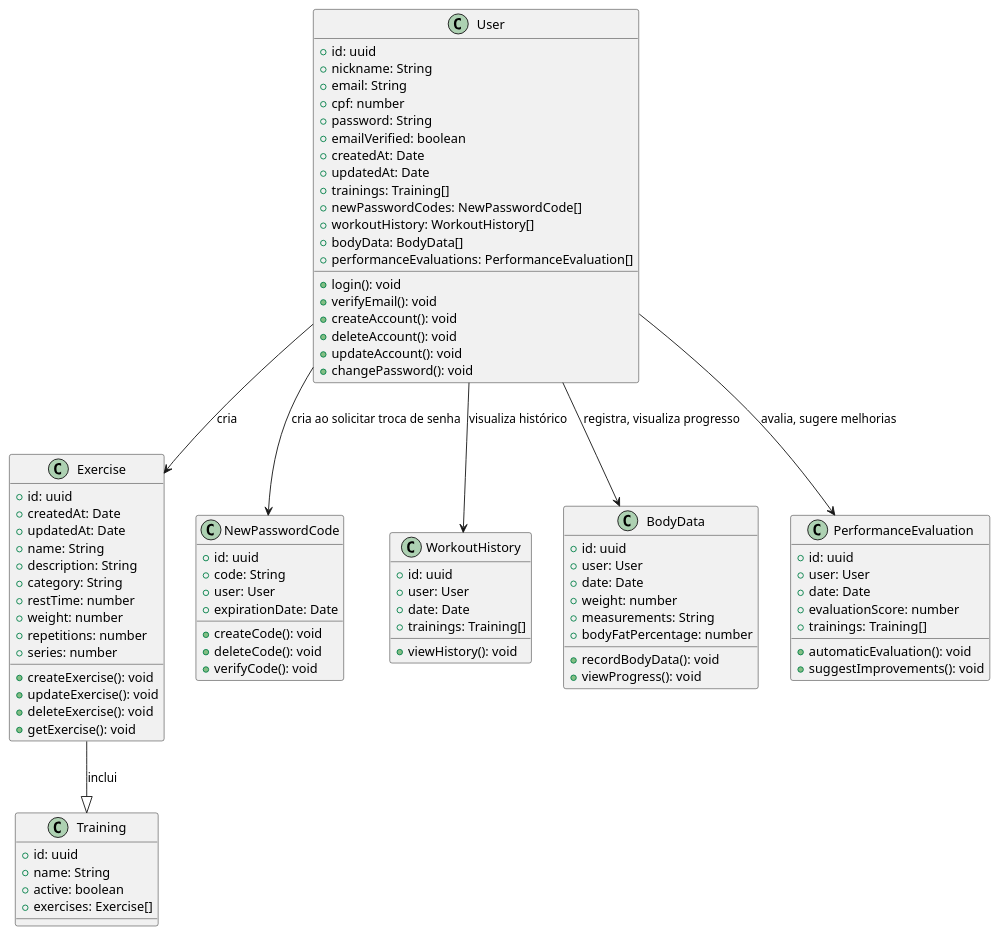
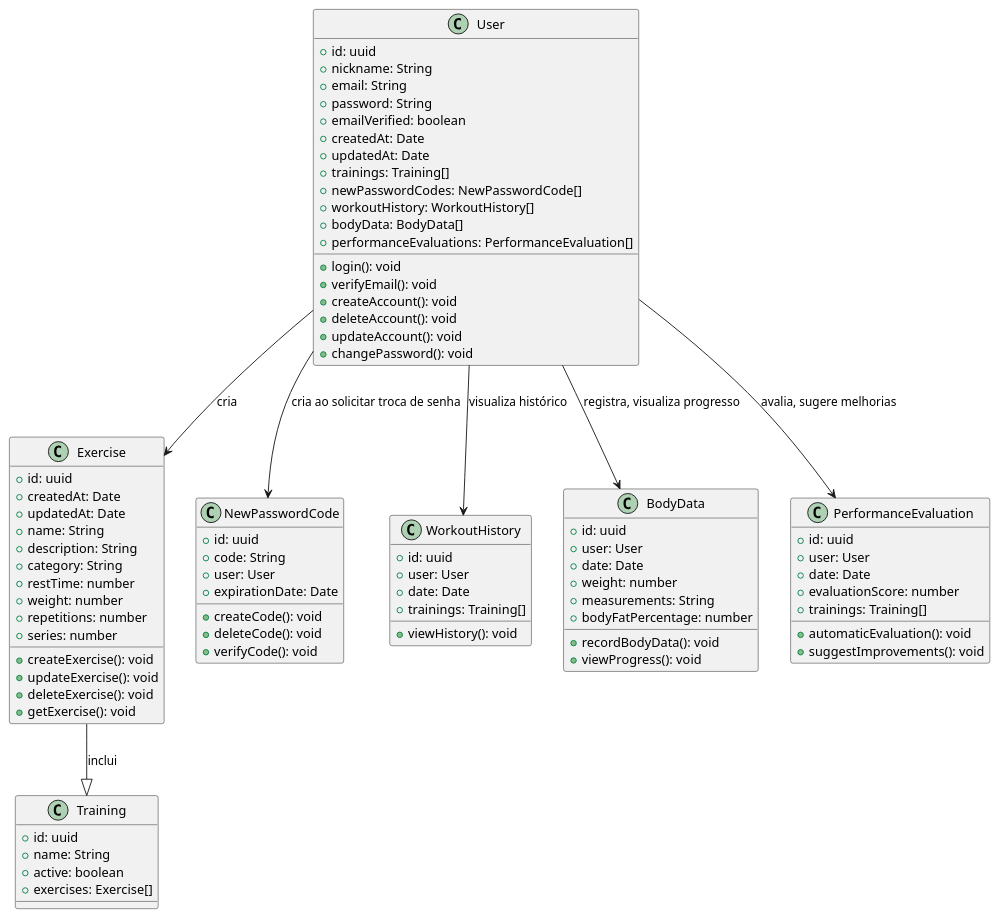
One commit to LucasReisV1337/api-gym changed the diagram in uml/index.wsd. Above: the diagram before and after it, drawn with PlantUML. The commit also changed 21 other files, not shown here.

```diff
--- a/uml/index.wsd
+++ b/uml/index.wsd
@@ -1,95 +1,94 @@
 @startuml
 
 class User {
   + id: uuid
   + nickname: String
   + email: String
-  + cpf: number
   + password: String
   + emailVerified: boolean
   + createdAt: Date
   + updatedAt: Date
   + login(): void
   + verifyEmail(): void
   + createAccount(): void
   + deleteAccount(): void
   + updateAccount(): void
   + changePassword(): void
   + trainings: Training[]
   + newPasswordCodes: NewPasswordCode[]
   + workoutHistory: WorkoutHistory[] 
   + bodyData: BodyData[] 
   + performanceEvaluations: PerformanceEvaluation[]
 }
 
 class Exercise {
   + id: uuid
   + createdAt: Date
   + updatedAt: Date
   + name: String
   + description: String
   + category: String
   + restTime: number
   + weight: number
   + repetitions: number
   + series: number
   + createExercise(): void
   + updateExercise(): void
   + deleteExercise(): void
   + getExercise(): void
 }
 
 class Training {
   + id: uuid
   + name: String
   + active: boolean
   + exercises: Exercise[]
 }
 
 class NewPasswordCode {
     + id: uuid
     + code: String
     + user: User
     + expirationDate: Date
     + createCode(): void
     + deleteCode(): void
     + verifyCode(): void
 }
 
 class WorkoutHistory {
     + id: uuid
     + user: User
     + date: Date
     + viewHistory(): void
     + trainings: Training[]
 }
 
 class BodyData {
     + id: uuid
     + user: User
     + date: Date
     + weight: number
     + measurements: String
     + bodyFatPercentage: number
     + recordBodyData(): void
     + viewProgress(): void
 }
 
 class PerformanceEvaluation {
     + id: uuid
     + user: User
     + date: Date
     + evaluationScore: number
     + automaticEvaluation(): void
     + suggestImprovements(): void
     + trainings: Training[]
 }
 
 User --> Exercise : cria
 User --> NewPasswordCode : cria ao solicitar troca de senha 
 User --> WorkoutHistory : visualiza histórico
 User --> BodyData : registra, visualiza progresso
 User --> PerformanceEvaluation : avalia, sugere melhorias
 Exercise --|> Training : inclui
 
 @enduml
```
